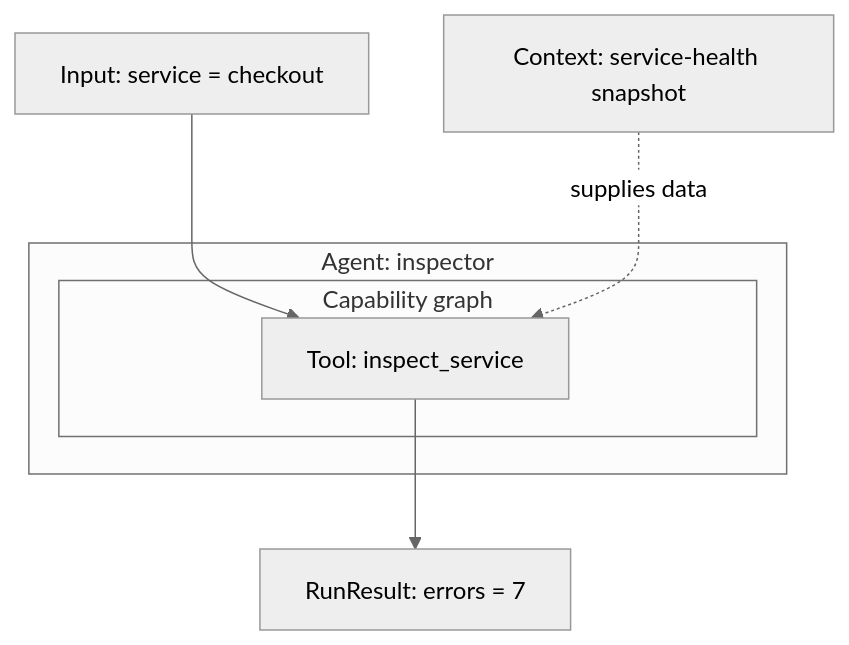
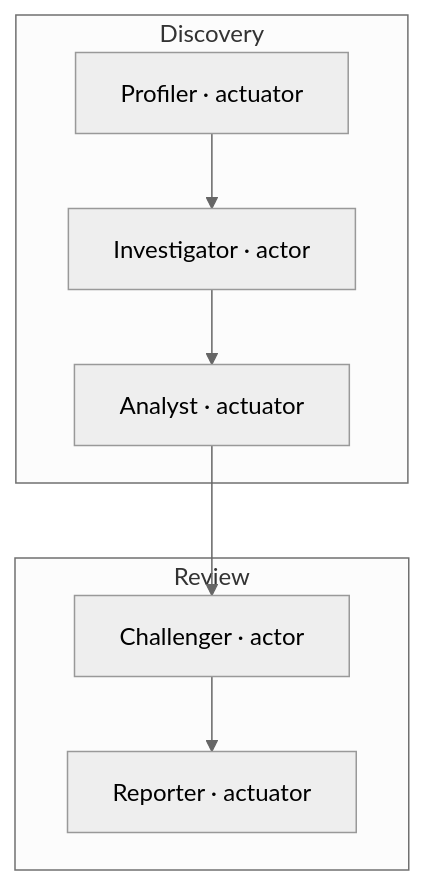
Before and after one commit to JacoboGGLeon/agentic_systems: the first of 2 diagrams in README.md, drawn with Mermaid (neutral theme). The commit also changed other lines of this file and 3 other files, not shown here.

````diff
--- a/README.md
+++ b/README.md
@@ -29,11 +167,11 @@
 ```mermaid
 flowchart TD
-    I["Input: service = checkout"] --> T
-    subgraph A["Agent: inspector"]
-        subgraph G["Capability graph"]
-            T["Tool: inspect_service"]
-        end
+    subgraph Discovery
+        P["Profiler · actuator"] --> I["Investigator · actor"]
+        I --> A["Analyst · actuator"]
     end
-    C["Context: service-health snapshot"] -. supplies data .-> T
-    T --> R["RunResult: errors = 7"]
+    subgraph Review
+        C["Challenger · actor"] --> R["Reporter · actuator"]
+    end
+    A --> C
 ```
````
